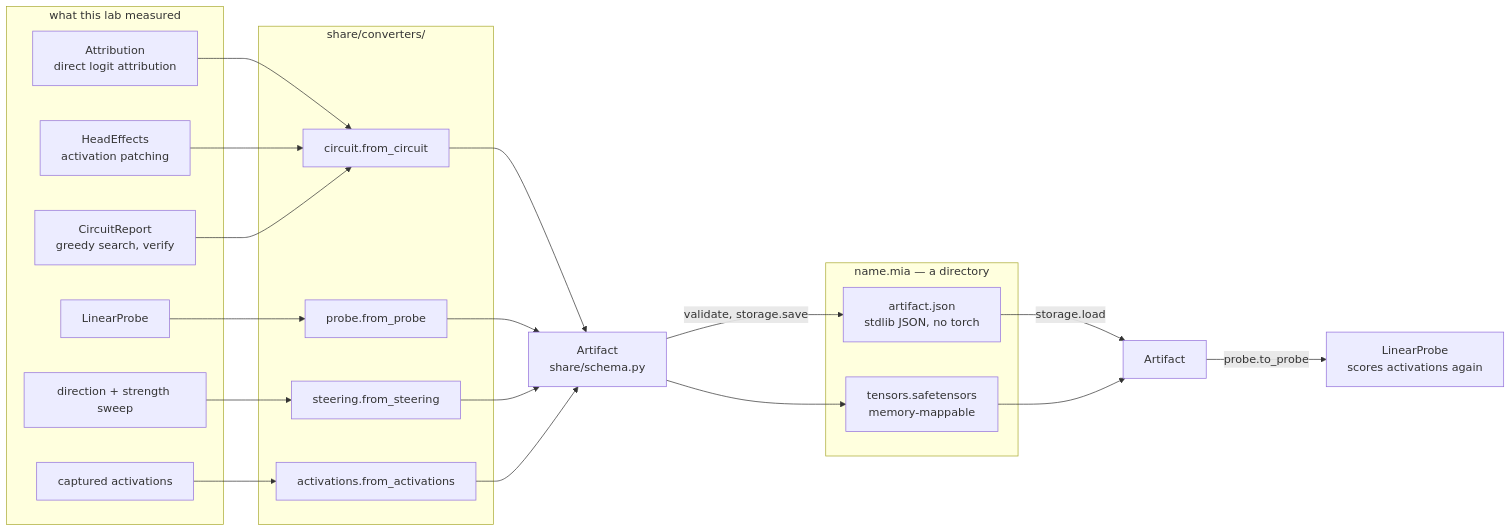
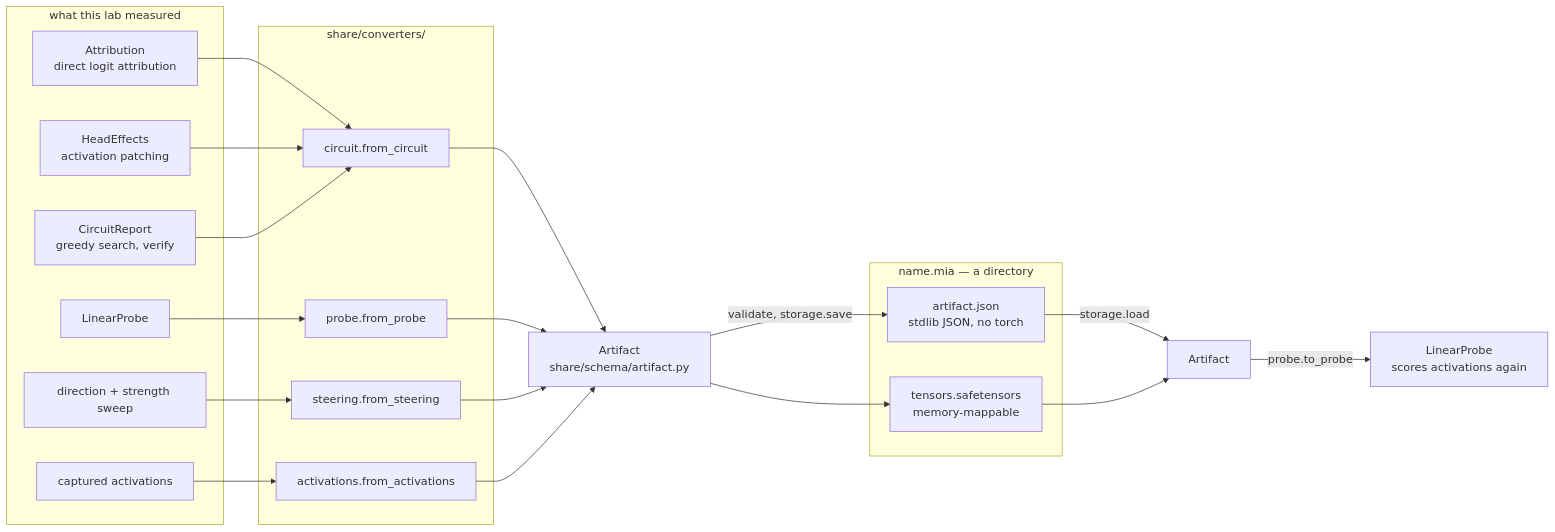
The first of 2 diagrams in docs/sharing/README.md (lgemc/mi-lab), drawn with Mermaid before and after one commit. The commit also changed other lines of this file and 25 other files, not shown here.

````diff
--- a/docs/sharing/README.md
+++ b/docs/sharing/README.md
@@ -17,46 +17,46 @@
 ```mermaid
 flowchart LR
     subgraph measured["what this lab measured"]
         A["Attribution<br/>direct logit attribution"]
         E["HeadEffects<br/>activation patching"]
         R["CircuitReport<br/>greedy search, verify"]
         P["LinearProbe"]
         V["direction + strength sweep"]
         M["captured activations"]
     end
 
     subgraph converters["share/converters/"]
         FC["circuit.from_circuit"]
         FP["probe.from_probe"]
         FS["steering.from_steering"]
         FA["activations.from_activations"]
     end
 
-    OUT["Artifact<br/>share/schema.py"]
+    OUT["Artifact<br/>share/schema/artifact.py"]
 
     subgraph dir["name.mia — a directory"]
         CARD["artifact.json<br/>stdlib JSON, no torch"]
         TENS["tensors.safetensors<br/>memory-mappable"]
     end
 
     IN["Artifact"]
     BACK["LinearProbe<br/>scores activations again"]
 
     A --> FC
     E --> FC
     R --> FC
     P --> FP
     V --> FS
     M --> FA
 
     FC --> OUT
     FP --> OUT
     FS --> OUT
     FA --> OUT
 
     OUT -->|"validate, storage.save"| CARD
     OUT --> TENS
     CARD -->|"storage.load"| IN
     TENS --> IN
     IN -->|"probe.to_probe"| BACK
 ```
````
